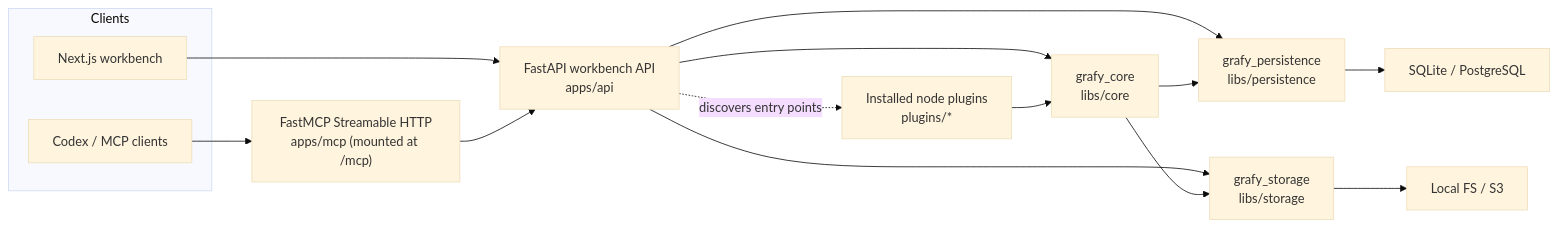
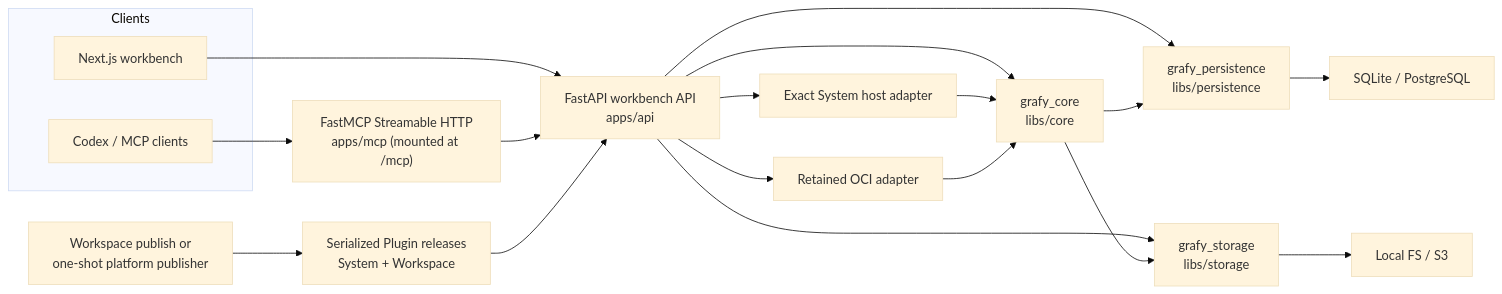
The first of 13 diagrams in docs/design/backend-architecture.md (artpods56/KUL_IDUB_EcclesialSchematisms), drawn with Mermaid (base theme) before and after one commit. The commit also changed other lines of this file and 19 other files, not shown here.

Commit message:
docs(plugins): record unified release architecture and cutover

````diff
--- a/docs/design/backend-architecture.md
+++ b/docs/design/backend-architecture.md
@@ -35,19 +36,23 @@
 ```mermaid
 flowchart LR
     subgraph Clients["Clients"]
         Web["Next.js workbench"]
         Agent["Codex / MCP clients"]
     end
     Web --> API["FastAPI workbench API\napps/api"]
     Agent --> MCP["FastMCP Streamable HTTP\napps/mcp (mounted at /mcp)"]
     MCP --> API
     API --> Core["grafy_core\nlibs/core"]
     API --> Persistence["grafy_persistence\nlibs/persistence"]
     API --> Storage["grafy_storage\nlibs/storage"]
-    API -. "discovers entry points" .-> Plugins["Installed node plugins\nplugins/*"]
-    Plugins --> Core
+    Publisher["Workspace publish or\none-shot platform publisher"] --> Releases["Serialized Plugin releases\nSystem + Workspace"]
+    Releases --> API
+    API --> HostAdapter["Exact System host adapter"]
+    API --> OCIAdapter["Retained OCI adapter"]
+    HostAdapter --> Core
+    OCIAdapter --> Core
     Core --> Persistence
     Core --> Storage
     Persistence --> SQL["SQLite / PostgreSQL"]
     Storage --> Objects["Local FS / S3"]
 ```
````
